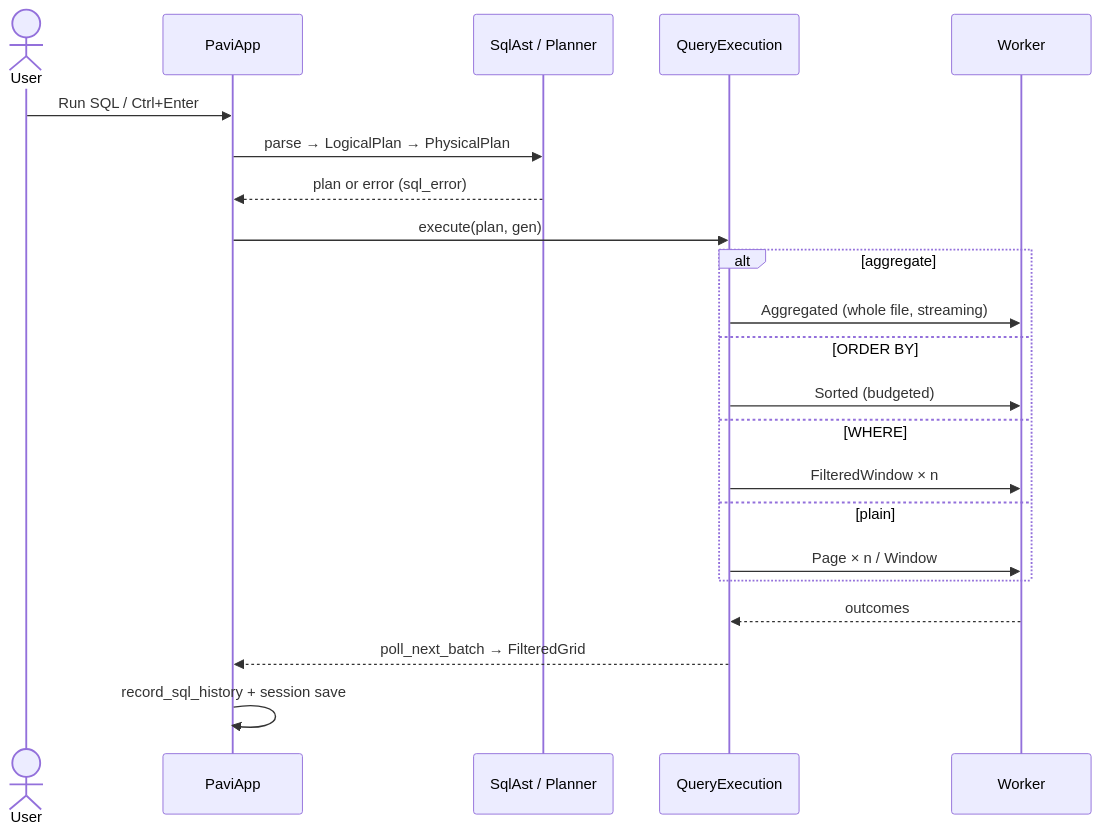
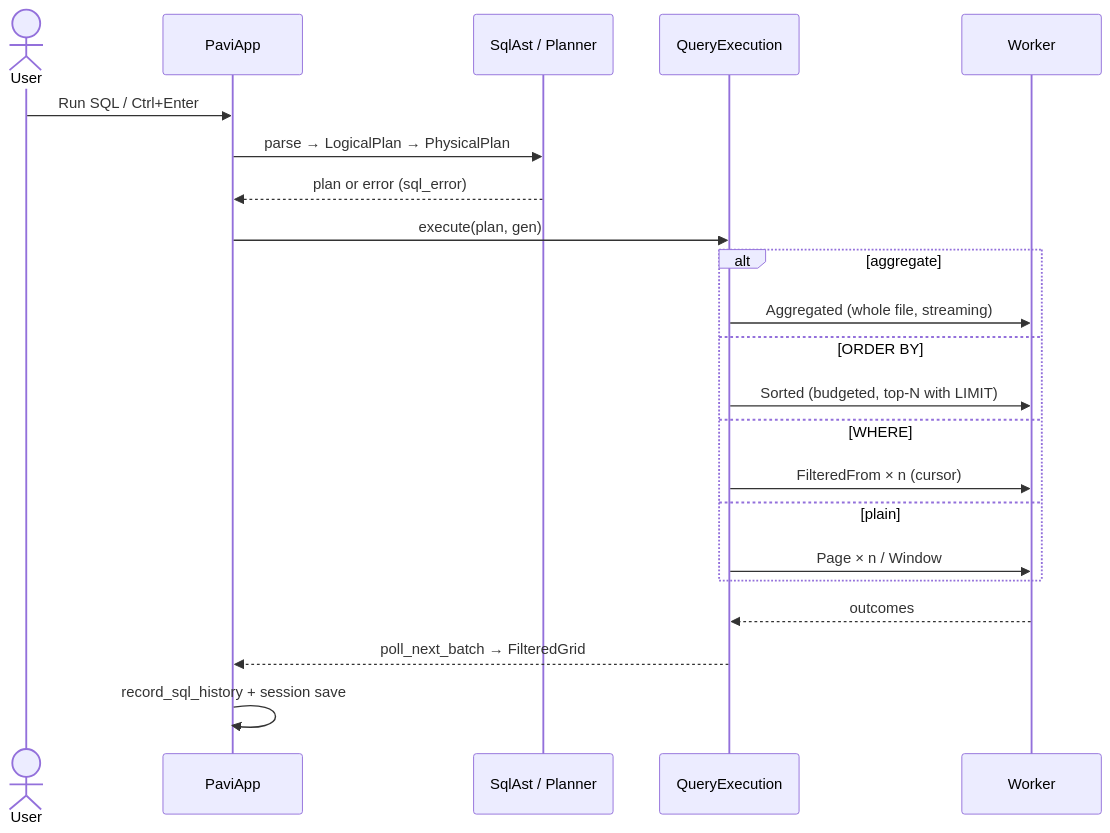
Before and after one commit to elshanhsynv/pavi: the sixth of 11 diagrams in docs/ARCHITECTURE.md, drawn with Mermaid. The commit also changed other lines of this file and 9 other files, not shown here.

First line of the commit message:
Resume filtered scans from a cursor and keep only the top rows for ORDER BY LIMIT

````diff
--- a/docs/ARCHITECTURE.md
+++ b/docs/ARCHITECTURE.md
@@ -374,24 +375,24 @@
 ```mermaid
 sequenceDiagram
     actor User
     participant UI as PaviApp
     participant P as SqlAst / Planner
     participant Q as QueryExecution
     participant W as Worker
     User->>UI: Run SQL / Ctrl+Enter
     UI->>P: parse → LogicalPlan → PhysicalPlan
     P-->>UI: plan or error (sql_error)
     UI->>Q: execute(plan, gen)
     alt aggregate
         Q->>W: Aggregated (whole file, streaming)
     else ORDER BY
-        Q->>W: Sorted (budgeted)
+        Q->>W: Sorted (budgeted, top-N with LIMIT)
     else WHERE
-        Q->>W: FilteredWindow × n
+        Q->>W: FilteredFrom × n (cursor)
     else plain
         Q->>W: Page × n / Window
     end
     W-->>Q: outcomes
     Q-->>UI: poll_next_batch → FilteredGrid
     UI->>UI: record_sql_history + session save
 ```
````
